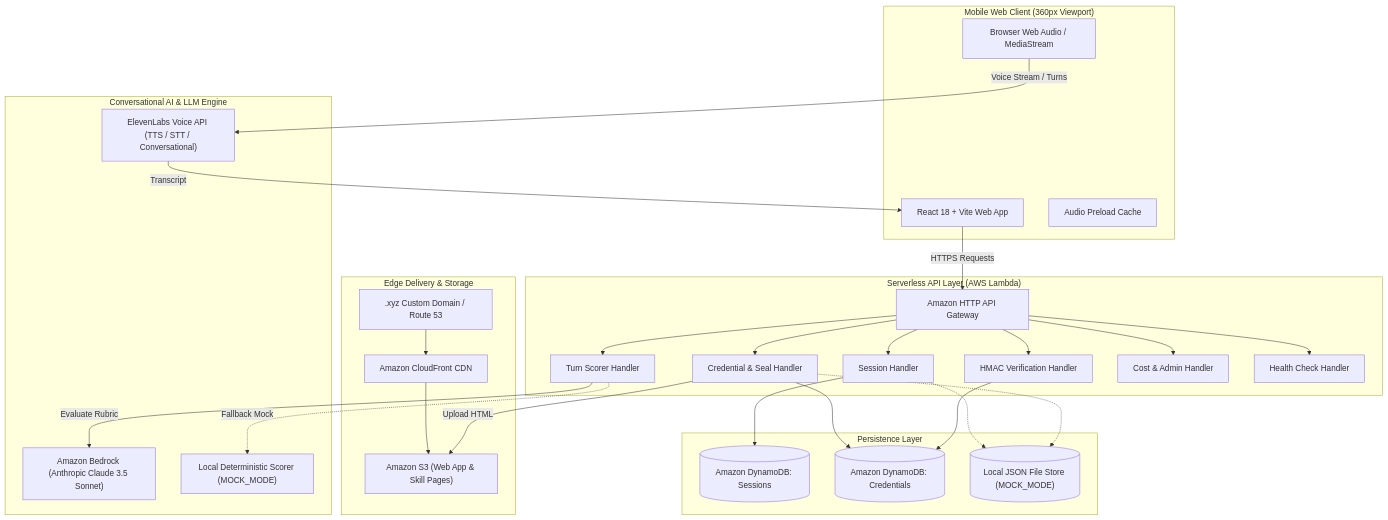
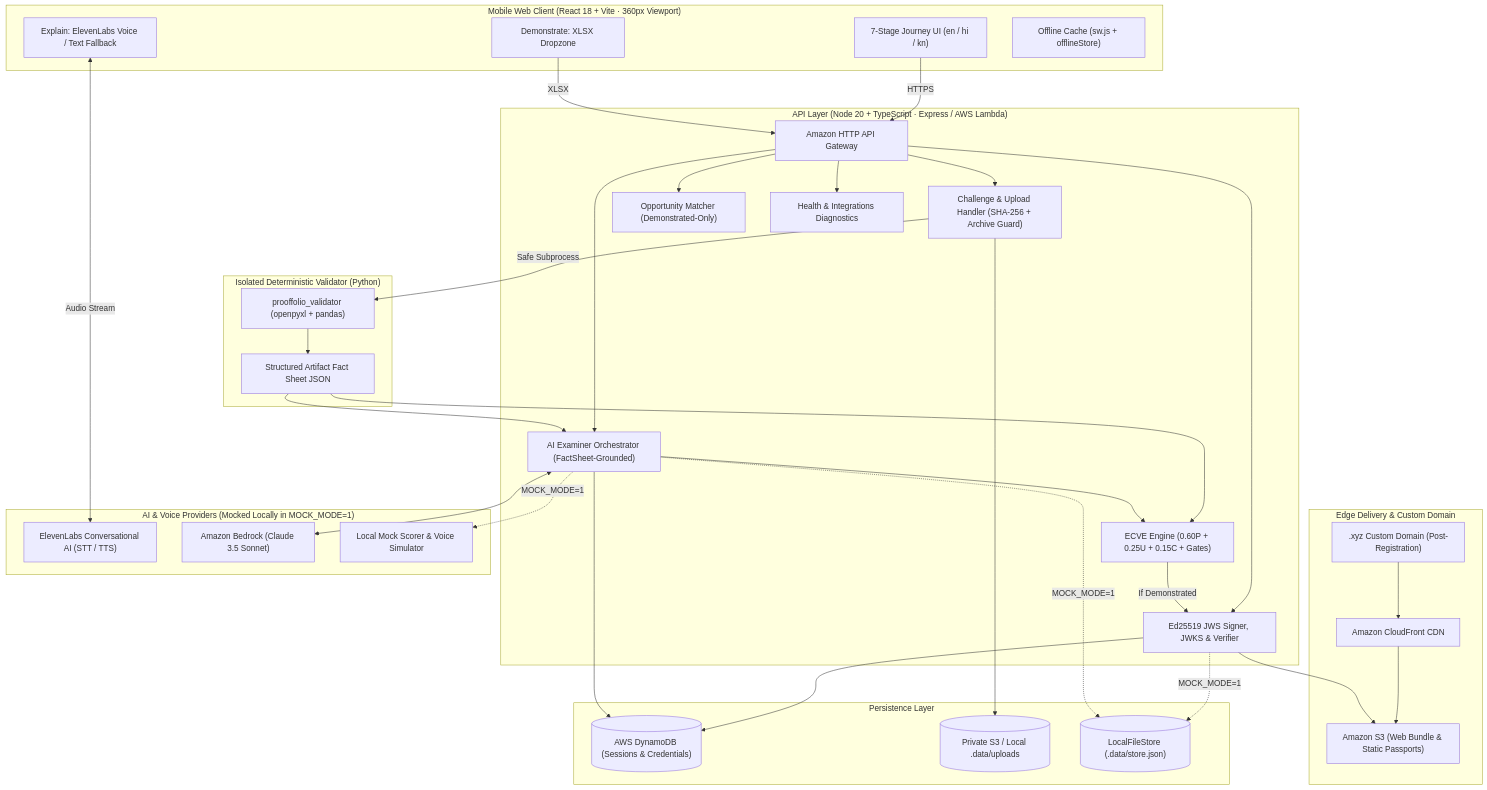
One commit to AnanthAkshay/Whackiest_2k26 changed the first of 3 diagrams in README.md. Above: the diagram before and after it, drawn with Mermaid. The commit also changed other lines of this file and 14 other files, not shown here.

````diff
--- a/README.md
+++ b/README.md
@@ -64,59 +36,68 @@
 ```mermaid
 flowchart TD
-    subgraph Client["Mobile Web Client (360px Viewport)"]
-        UI["React 18 + Vite Web App"]
-        Mic["Browser Web Audio / MediaStream"]
-        CacheStore["Audio Preload Cache"]
+    subgraph Client["Mobile Web Client (React 18 + Vite · 360px Viewport)"]
+        UI["7-Stage Journey UI (en / hi / kn)"]
+        Upload["Demonstrate: XLSX Dropzone"]
+        Voice["Explain: ElevenLabs Voice / Text Fallback"]
+        Offline["Offline Cache (sw.js + offlineStore)"]
     end
 
-    subgraph CDN["Edge Delivery & Storage"]
+    subgraph Edge["Edge Delivery & Custom Domain"]
         CF["Amazon CloudFront CDN"]
-        S3Web["Amazon S3 (Web App & Skill Pages)"]
-        Domain[".xyz Custom Domain / Route 53"]
+        S3Web["Amazon S3 (Web Bundle & Static Passports)"]
+        Domain[".xyz Custom Domain (Post-Registration)"]
     end
 
-    subgraph Backend["Serverless API Layer (AWS Lambda)"]
+    subgraph API["API Layer (Node 20 + TypeScript · Express / AWS Lambda)"]
         Gateway["Amazon HTTP API Gateway"]
-        H_Session["Session Handler"]
-        H_Turn["Turn Scorer Handler"]
-        H_Cred["Credential & Seal Handler"]
-        H_Verify["HMAC Verification Handler"]
-        H_Admin["Cost & Admin Handler"]
-        H_Health["Health Check Handler"]
+        H_Challenge["Challenge & Upload Handler (SHA-256 + Archive Guard)"]
+        H_Viva["AI Examiner Orchestrator (FactSheet-Grounded)"]
+        H_ECVE["ECVE Engine (0.60P + 0.25U + 0.15C + Gates)"]
+        H_Passport["Ed25519 JWS Signer, JWKS & Verifier"]
+        H_Connect["Opportunity Matcher (Demonstrated-Only)"]
+        H_Health["Health & Integrations Diagnostics"]
     end
 
-    subgraph AI_Services["Conversational AI & LLM Engine"]
-        ElevenLabs["ElevenLabs Voice API (TTS / STT / Conversational)"]
-        Bedrock["Amazon Bedrock (Anthropic Claude 3.5 Sonnet)"]
-        LocalScorer["Local Deterministic Scorer (MOCK_MODE)"]
+    subgraph Validator["Isolated Deterministic Validator (Python)"]
+        PyVal["prooffolio_validator (openpyxl + pandas)"]
+        FactSheet["Structured Artifact Fact Sheet JSON"]
     end
 
-    subgraph Data["Persistence Layer"]
-        DDB_Sessions[("Amazon DynamoDB: Sessions")]
-        DDB_Creds[("Amazon DynamoDB: Credentials")]
-        LocalStore[("Local JSON File Store (MOCK_MODE)")]
+    subgraph AI["AI & Voice Providers (Mocked Locally in MOCK_MODE=1)"]
+        ElevenLabs["ElevenLabs Conversational AI (STT / TTS)"]
+        Bedrock["Amazon Bedrock (Claude 3.5 Sonnet)"]
+        MockEngine["Local Mock Scorer & Voice Simulator"]
     end
 
-    Domain --> CF
-    CF --> S3Web
-    UI -->|HTTPS Requests| Gateway
-    Mic -->|Voice Stream / Turns| ElevenLabs
-    ElevenLabs -->|Transcript| UI
+    subgraph Store["Persistence Layer"]
+        DDB[("AWS DynamoDB (Sessions & Credentials)")]
+        S3Priv[("Private S3 / Local .data/uploads")]
+        LocalDB[("LocalFileStore (.data/store.json)")]
+    end
 
-    Gateway --> H_Session
-    Gateway --> H_Turn
-    Gateway --> H_Cred
-    Gateway --> H_Verify
-    Gateway --> H_Admin
+    Domain --> CF --> S3Web
+    UI -->|HTTPS| Gateway
+    Upload -->|XLSX| Gateway
+    Voice <-->|Audio Stream| ElevenLabs
+
+    Gateway --> H_Challenge
+    Gateway --> H_Viva
+    Gateway --> H_Passport
+    Gateway --> H_Connect
     Gateway --> H_Health
 
-    H_Turn -->|Evaluate Rubric| Bedrock
-    H_Turn -.->|Fallback Mock| LocalScorer
-    H_Session --> DDB_Sessions
-    H_Cred --> DDB_Creds
-    H_Cred -->|Upload HTML| S3Web
-    H_Verify --> DDB_Creds
+    H_Challenge -->|Safe Subprocess| PyVal --> FactSheet
+    H_Challenge --> S3Priv
+    FactSheet --> H_Viva
+    FactSheet --> H_ECVE
+    H_Viva <--> Bedrock
+    H_Viva -.->|MOCK_MODE=1| MockEngine
+    H_Viva --> H_ECVE
+    H_ECVE -->|If Demonstrated| H_Passport
 
-    H_Session -.-> LocalStore
-    H_Cred -.-> LocalStore
+    H_Passport --> DDB
+    H_Passport --> S3Web
+    H_Viva --> DDB
+    H_Passport -.->|MOCK_MODE=1| LocalDB
+    H_Viva -.->|MOCK_MODE=1| LocalDB
 ```
````
